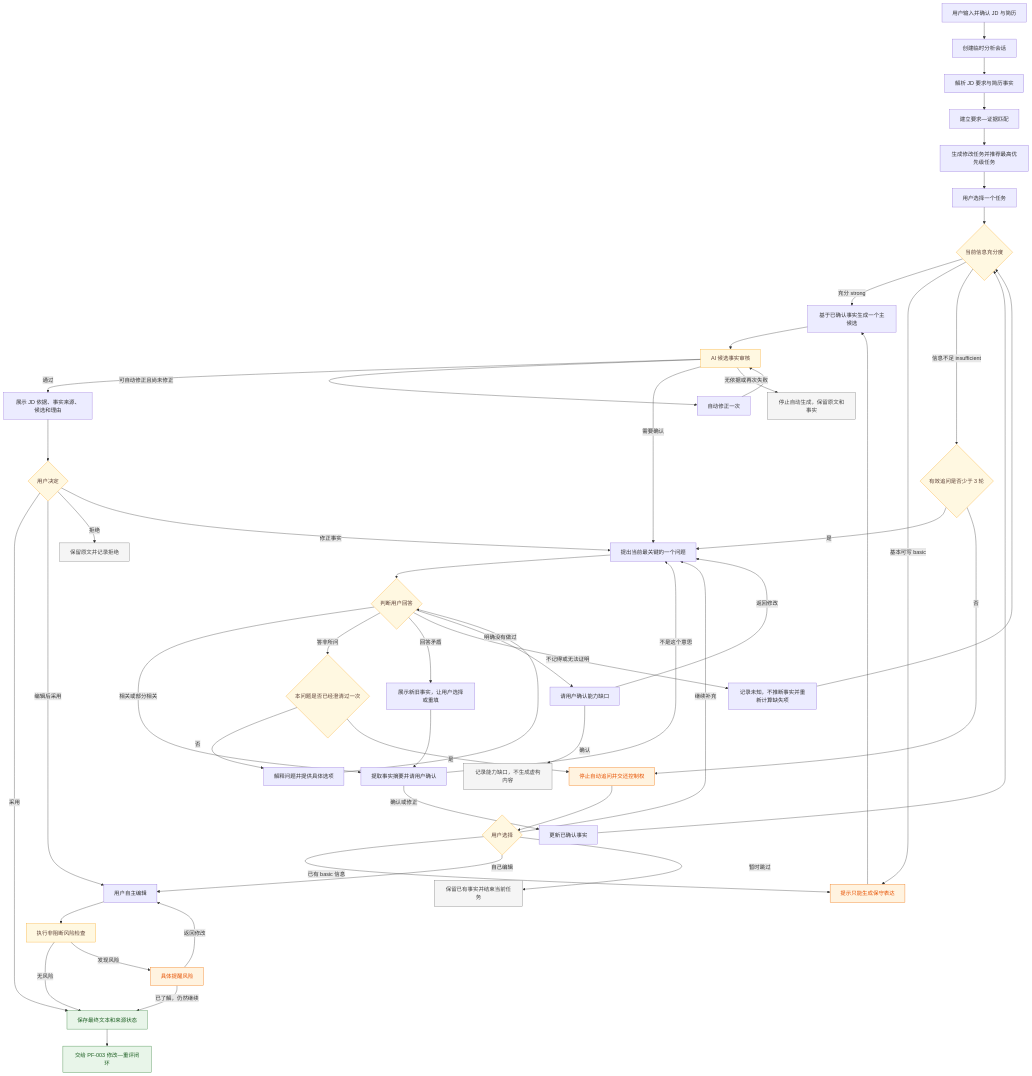
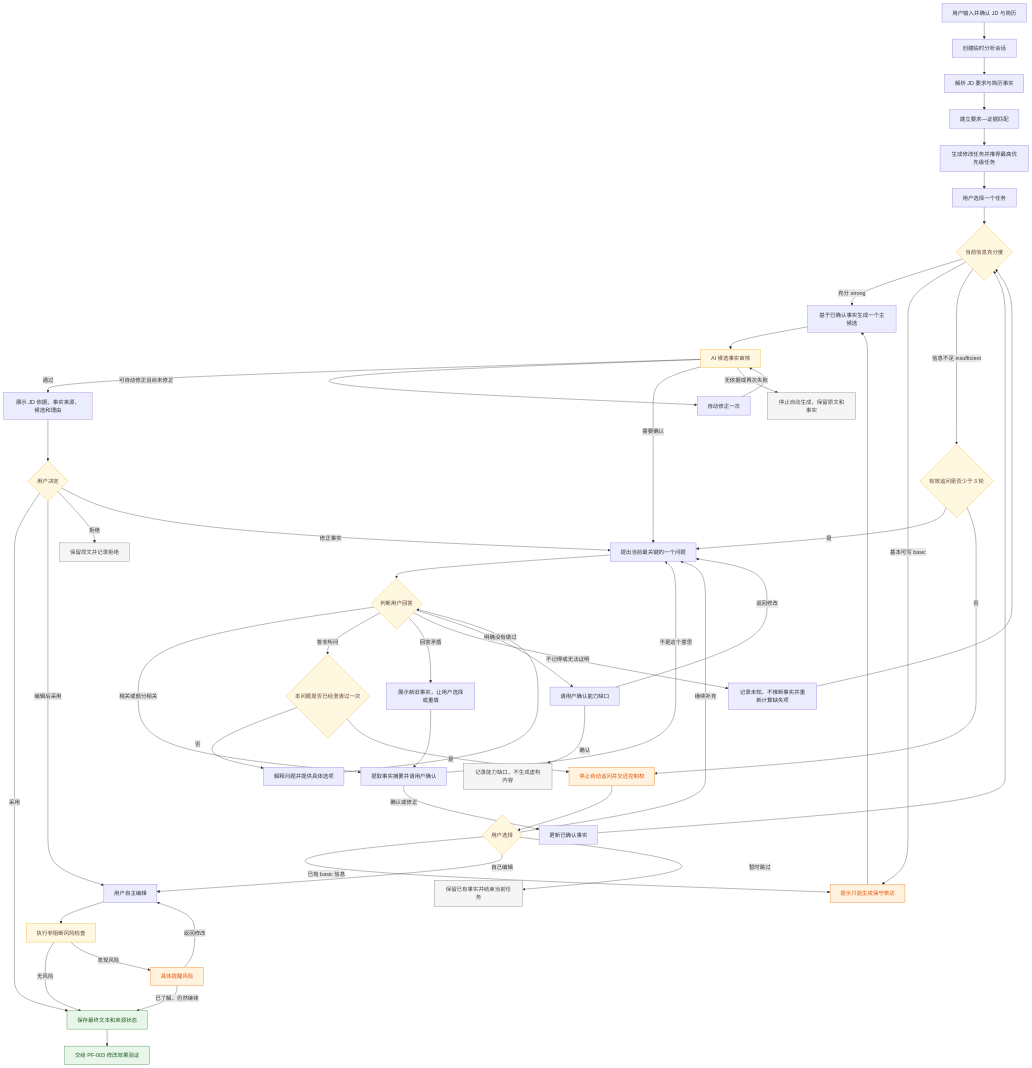
One commit to fiEreCe/VitaFix changed the diagram in docs/product/modules/portfolio-resume-agent.md. Above: the diagram before and after it, drawn with Mermaid. The commit also changed other lines of this file and 16 other files, not shown here.

````diff
--- a/docs/product/modules/portfolio-resume-agent.md
+++ b/docs/product/modules/portfolio-resume-agent.md
@@ -31,72 +32,72 @@
 ```mermaid
 flowchart TD
     A["用户输入并确认 JD 与简历"] --> B["创建临时分析会话"]
     B --> C["解析 JD 要求与简历事实"]
     C --> D["建立要求—证据匹配"]
     D --> E["生成修改任务并推荐最高优先级任务"]
     E --> F["用户选择一个任务"]
     F --> G{"当前信息充分度"}
 
     G -->|充分 strong| N["基于已确认事实生成一个主候选"]
     G -->|基本可写 basic| M["提示只能生成保守表达"]
     M --> N
     G -->|信息不足 insufficient| H{"有效追问是否少于 3 轮"}
 
     H -->|是| I["提出当前最关键的一个问题"]
     I --> J{"判断用户回答"}
     J -->|相关或部分相关| K["提取事实摘要并请用户确认"]
     K -->|确认或修正| L["更新已确认事实"]
     L --> G
     K -->|不是这个意思| I
 
     J -->|答非所问| J1{"本问题是否已经澄清过一次"}
     J1 -->|否| J2["解释问题并提供具体选项"]
     J2 --> J
     J1 -->|是| R["停止自动追问并交还控制权"]
 
     J -->|回答矛盾| J3["展示新旧事实，让用户选择或重填"]
     J3 --> K
     J -->|不记得或无法证明| J5["记录未知，不推断事实并重新计算缺失项"]
     J5 --> G
     J -->|明确没有做过| J4["请用户确认能力缺口"]
     J4 -->|确认| Z1["记录能力缺口，不生成虚构内容"]
     J4 -->|返回修改| I
 
     H -->|否| R
     R --> R1{"用户选择"}
     R1 -->|继续补充| I
     R1 -->|已有 basic 信息| M
     R1 -->|自己编辑| U["用户自主编辑"]
     R1 -->|暂时跳过| Z2["保留已有事实并结束当前任务"]
 
     N --> O["AI 候选事实审核"]
     O -->|通过| P["展示 JD 依据、事实来源、候选和理由"]
     O -->|可自动修正且尚未修正| O1["自动修正一次"]
     O1 --> O
     O -->|需要确认| I
     O -->|无依据或再次失败| Z3["停止自动生成，保留原文和事实"]
 
     P --> Q{"用户决定"}
     Q -->|采用| V["保存最终文本和来源状态"]
     Q -->|编辑后采用| U
     Q -->|拒绝| Z4["保留原文并记录拒绝"]
     Q -->|修正事实| I
 
     U --> W["执行非阻断风险检查"]
     W -->|无风险| V
     W -->|发现风险| X["具体提醒风险"]
     X -->|返回修改| U
     X -->|已了解，仍然继续| V
 
-    V --> Y["交给 PF-003 修改—重评闭环"]
+    V --> Y["交给 PF-003 修改效果验证"]
 
     classDef success fill:#E8F5E9,stroke:#2E7D32,color:#1B5E20;
     classDef decision fill:#FFF8E1,stroke:#F9A825,color:#5D4037;
     classDef stop fill:#F5F5F5,stroke:#757575,color:#424242;
     classDef warning fill:#FFF3E0,stroke:#EF6C00,color:#E65100;
 
     class G,H,J,J1,R1,O,Q,W decision;
     class V,Y success;
     class Z1,Z2,Z3,Z4 stop;
     class M,R,X warning;
 ```
````
